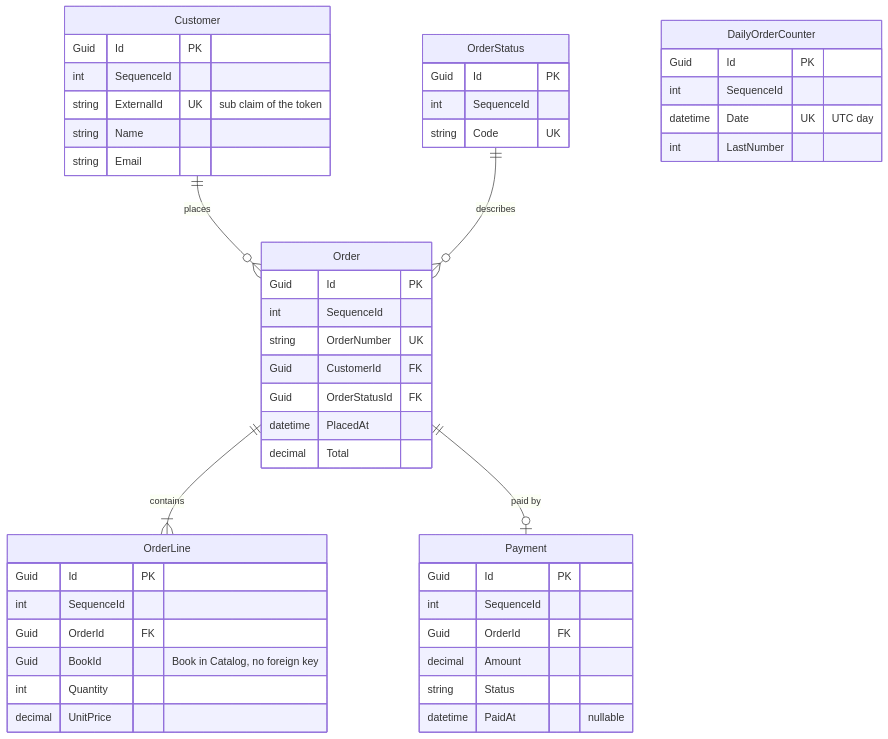
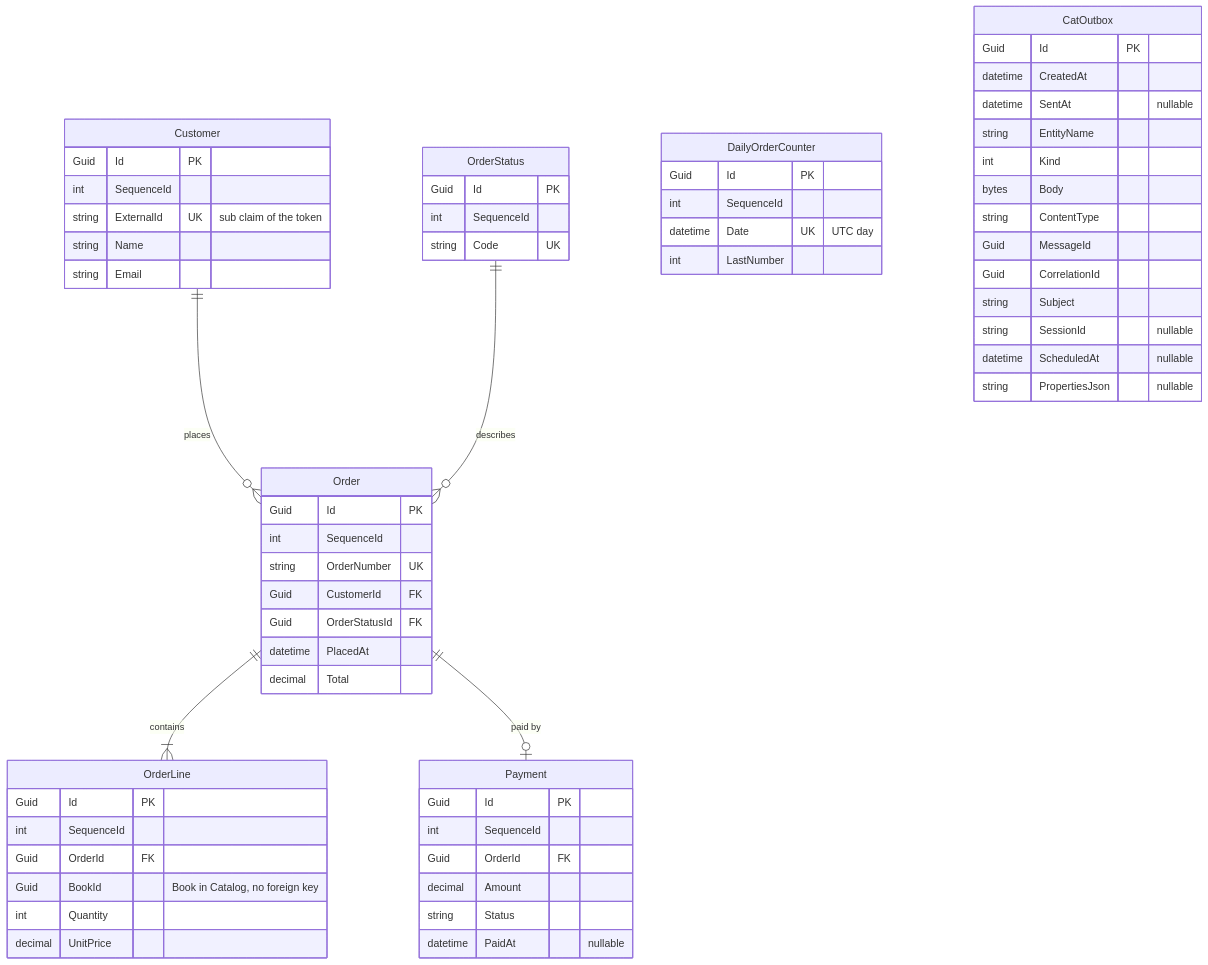
The second of 3 diagrams in demo/README.md (gmarginet/CleanArchitectureToolkit), drawn with Mermaid before and after one commit. The commit also changed other lines of this file and 2 other files, not shown here.

First line of the commit message:
Describe the OrderConfirmed message flow in the demo readme and drawing (skip-pub)

````diff
--- a/demo/README.md
+++ b/demo/README.md
@@ -641,51 +650,66 @@
 ```mermaid
 erDiagram
     Customer ||--o{ Order : places
     OrderStatus ||--o{ Order : describes
     Order ||--|{ OrderLine : contains
     Order ||--o| Payment : "paid by"
 
     Customer {
         Guid Id PK
         int SequenceId
         string ExternalId UK "sub claim of the token"
         string Name
         string Email
     }
     OrderStatus {
         Guid Id PK
         int SequenceId
         string Code UK
     }
     Order {
         Guid Id PK
         int SequenceId
         string OrderNumber UK
         Guid CustomerId FK
         Guid OrderStatusId FK
         datetime PlacedAt
         decimal Total
     }
     OrderLine {
         Guid Id PK
         int SequenceId
         Guid OrderId FK
         Guid BookId "Book in Catalog, no foreign key"
         int Quantity
         decimal UnitPrice
     }
     Payment {
         Guid Id PK
         int SequenceId
         Guid OrderId FK
         decimal Amount
         string Status
         datetime PaidAt "nullable"
     }
     DailyOrderCounter {
         Guid Id PK
         int SequenceId
         datetime Date UK "UTC day"
         int LastNumber
     }
+    CatOutbox {
+        Guid Id PK
+        datetime CreatedAt
+        datetime SentAt "nullable"
+        string EntityName
+        int Kind
+        bytes Body
+        string ContentType
+        Guid MessageId
+        Guid CorrelationId
+        string Subject
+        string SessionId "nullable"
+        datetime ScheduledAt "nullable"
+        string PropertiesJson "nullable"
+    }
 ```
````
